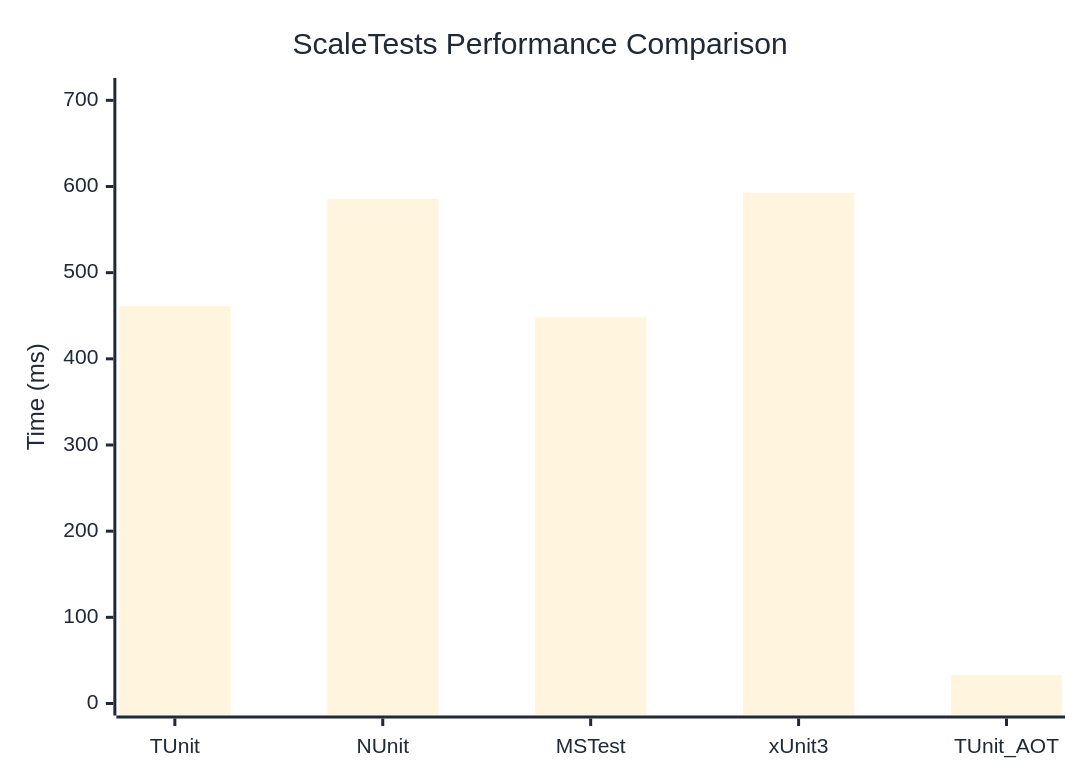
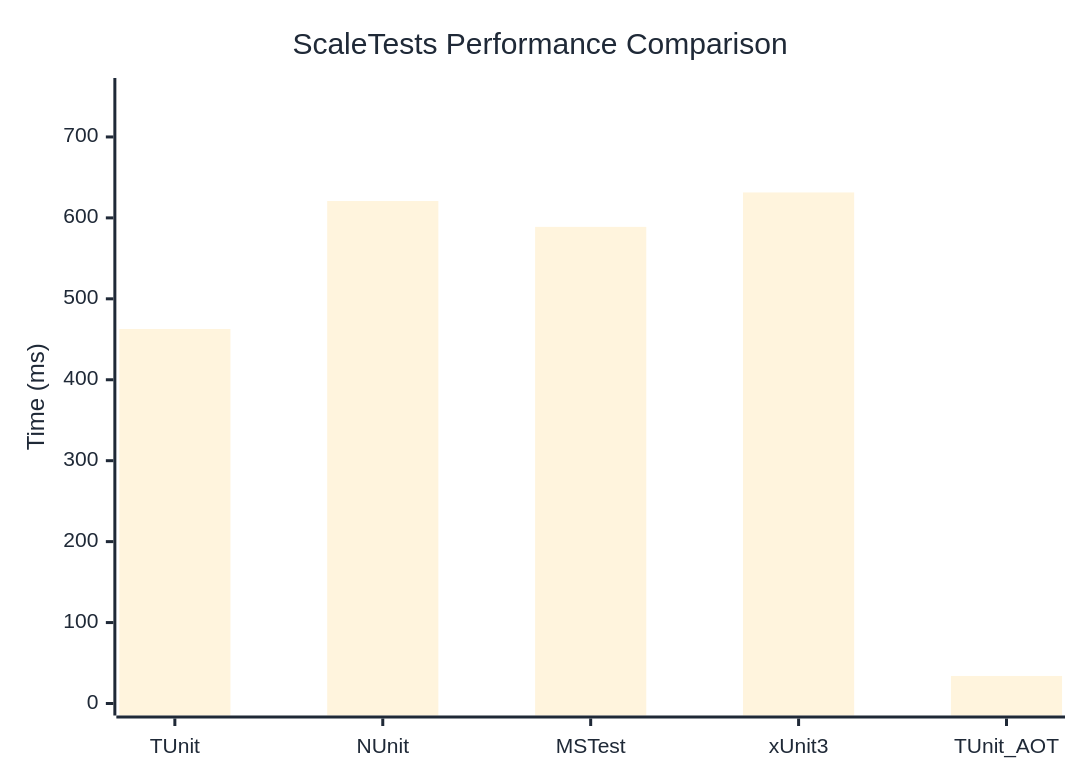
Before and after one commit to thomhurst/TUnit: the diagram in docs/docs/benchmarks/ScaleTests.md, drawn with Mermaid. The commit also changed other lines of this file and 17 other files, not shown here.

````diff
--- a/docs/docs/benchmarks/ScaleTests.md
+++ b/docs/docs/benchmarks/ScaleTests.md
@@ -27,37 +27,37 @@
 ```mermaid
 %%{init: {
   'theme':'base',
   'themeVariables': {
     'primaryColor': '#2563eb',
     'primaryTextColor': '#1f2937',
     'primaryBorderColor': '#1e40af',
     'lineColor': '#6b7280',
     'secondaryColor': '#7c3aed',
     'tertiaryColor': '#dc2626',
     'background': '#ffffff',
     'mainBkg': '#2563eb',
     'secondBkg': '#7c3aed',
     'tertiaryBkg': '#dc2626',
     'clusterBkg': '#f3f4f6',
     'edgeLabelBackground': '#ffffff',
     'tertiaryTextColor': '#1f2937',
     'pie1': '#2563eb',
     'pie2': '#7c3aed',
     'pie3': '#dc2626',
     'pie4': '#f59e0b',
     'pie5': '#10b981',
     'pie6': '#06b6d4',
     'pie7': '#ec4899',
     'pie8': '#6366f1',
     'pie9': '#84cc16',
     'pie10': '#f97316',
     'pie11': '#14b8a6',
     'pie12': '#a855f7'
   }
 }}%%
 xychart-beta
   title "ScaleTests Performance Comparison"
   x-axis ["TUnit", "NUnit", "MSTest", "xUnit3", "TUnit_AOT"]
-  y-axis "Time (ms)" 0 --> 712
-  bar [461.12, 585.68, 448.14, 592.78, 32.9]
+  y-axis "Time (ms)" 0 --> 758
+  bar [462.73, 620.87, 588.87, 631.42, 34.01]
 ```
````
